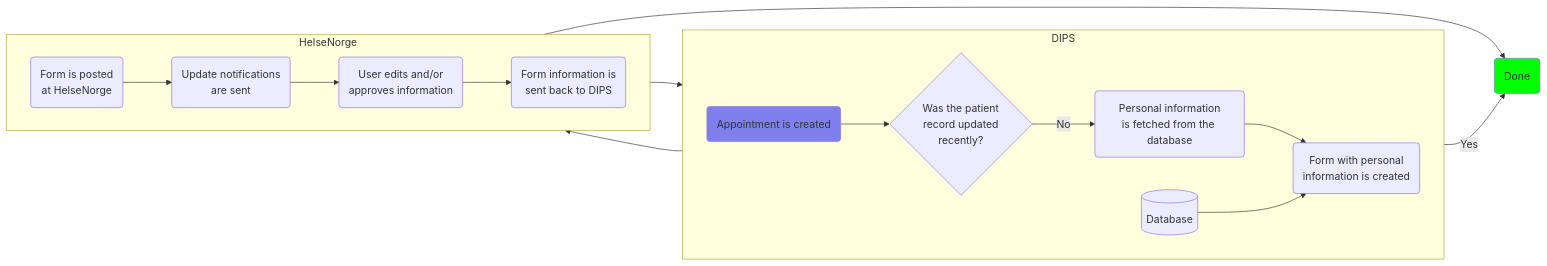
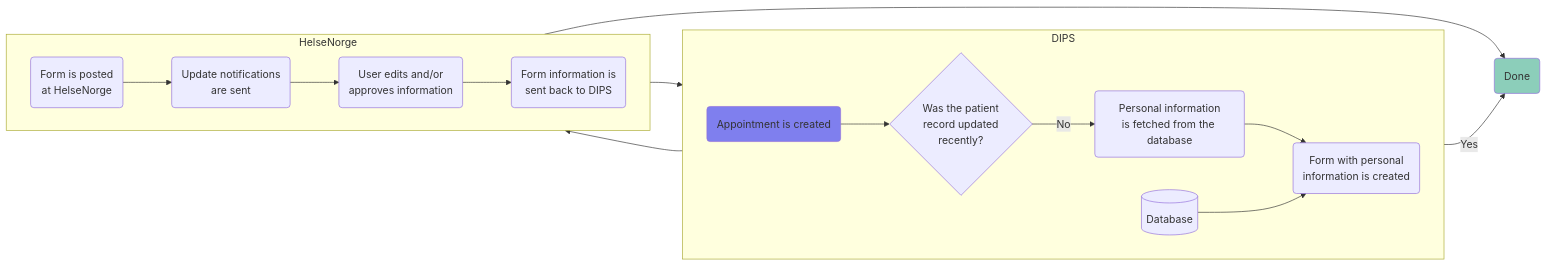
Before and after one commit to oleksii-nikolaienko/Eitri_OpenDIPS: the diagram in Flow.md, drawn with Mermaid.

````diff
--- a/Flow.md
+++ b/Flow.md
@@ -1,29 +1,29 @@
 ```mermaid
   flowchart LR
       
       done(Done)
-      style done fill:#00ff00
+      style done fill:#1B9E7780
       
       subgraph DIPS
         direction LR
         create_appoint(Appointment is created)-->when_updated{Was the patient\nrecord updated\nrecently?}
         style create_appoint fill:#0000ff80
         when_updated -- No --> fetch_info(Personal information\nis fetched from the database)
         fetch_info --> create_form(Form with personal\ninformation is created)
         db[(Database)] --> create_form
       end
       
       subgraph HelseNorge
         direction LR
         post_form(Form is posted\nat HelseNorge) --> notify(Update notifications\nare sent)
         notify --> edit(User edits and/or\napproves information)
         edit --> send_back(Form information is\nsent back to DIPS)
         
       end
       
       when_updated -- Yes --> done
       create_form --> post_form
       send_back --> done
       send_back --> db
       
 ```
````
